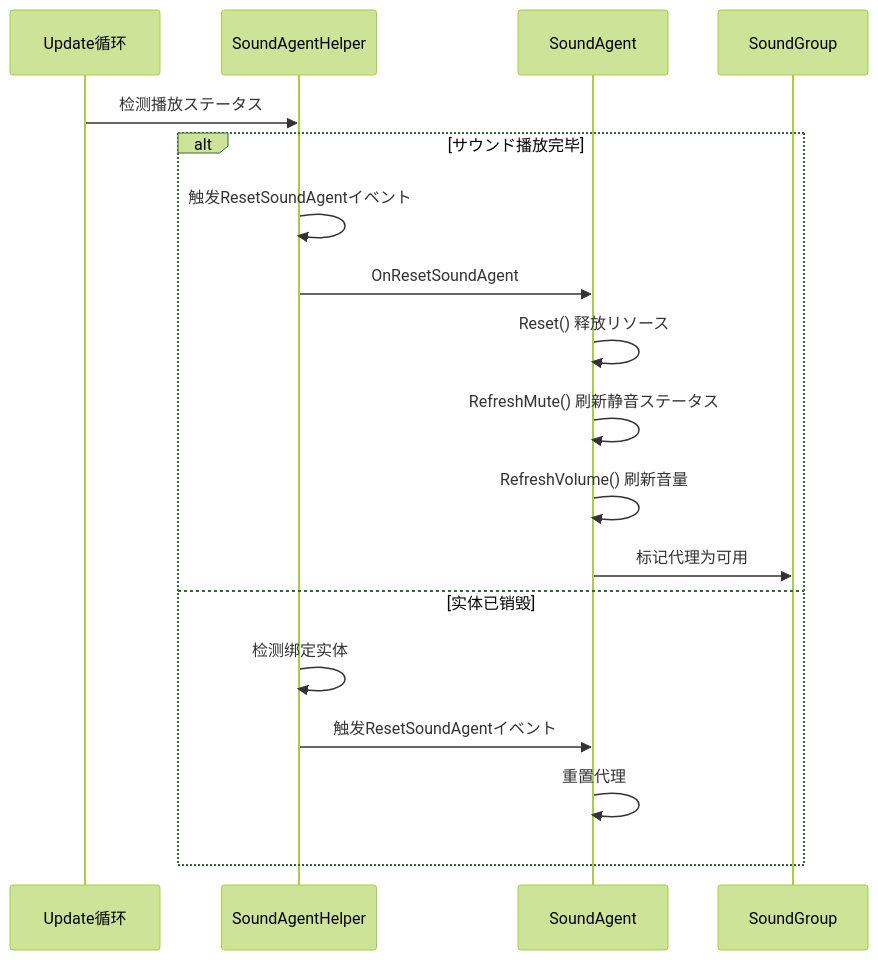
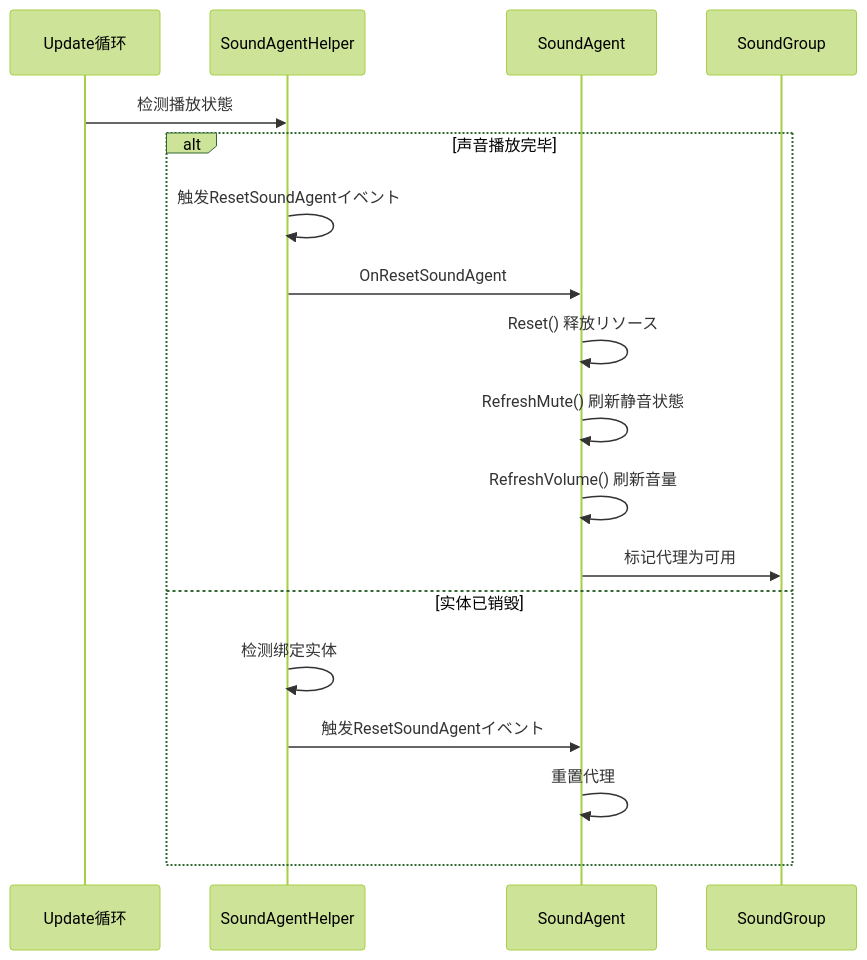
Before and after one commit to AlianBlank/GameFrameX.Docs: the fourth of 4 diagrams in docs/ja/client/unity/component/sound/07.sound-agent.md, drawn with Mermaid (forest theme). The commit also changed other lines of this file and 320 other files, not shown here.

````diff
--- a/docs/ja/client/unity/component/sound/07.sound-agent.md
+++ b/docs/ja/client/unity/component/sound/07.sound-agent.md
@@ -281,21 +281,21 @@
 ```mermaid
 sequenceDiagram
     participant Update as Update循环
     participant SAH as SoundAgentHelper
     participant SA as SoundAgent
     participant SG as SoundGroup
 
-    Update->>SAH: 检测播放ステータス
-    alt サウンド播放完毕
+    Update->>SAH: 检测播放状態
+    alt 声音播放完毕
         SAH->>SAH: 触发ResetSoundAgentイベント
         SAH->>SA: OnResetSoundAgent
         SA->>SA: Reset() 释放リソース
-        SA->>SA: RefreshMute() 刷新静音ステータス
+        SA->>SA: RefreshMute() 刷新静音状態
         SA->>SA: RefreshVolume() 刷新音量
         SA->>SG: 标记代理为可用
     else 实体已销毁
         SAH->>SAH: 检测绑定实体
         SAH->>SA: 触发ResetSoundAgentイベント
         SA->>SA: 重置代理
     end
 ```
````
